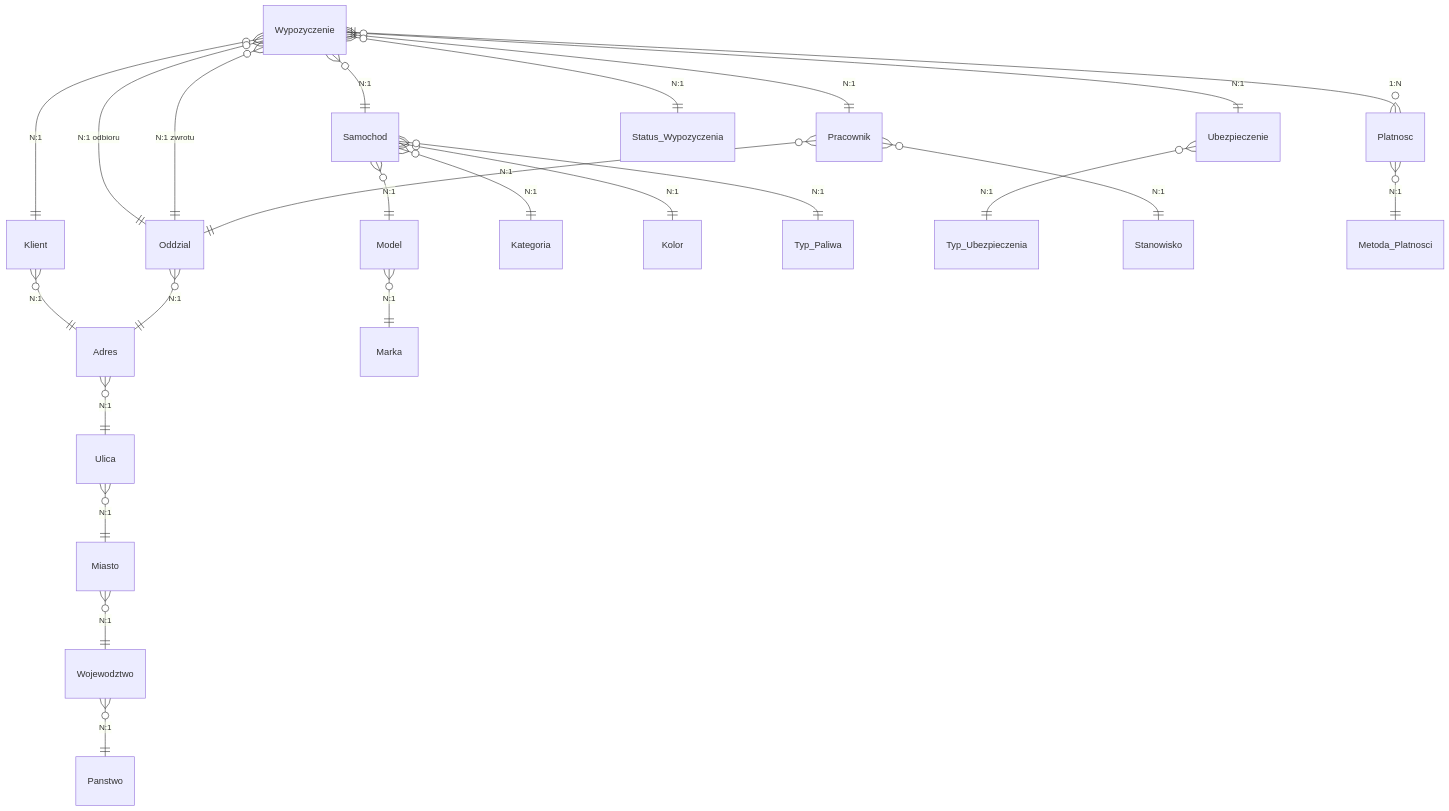
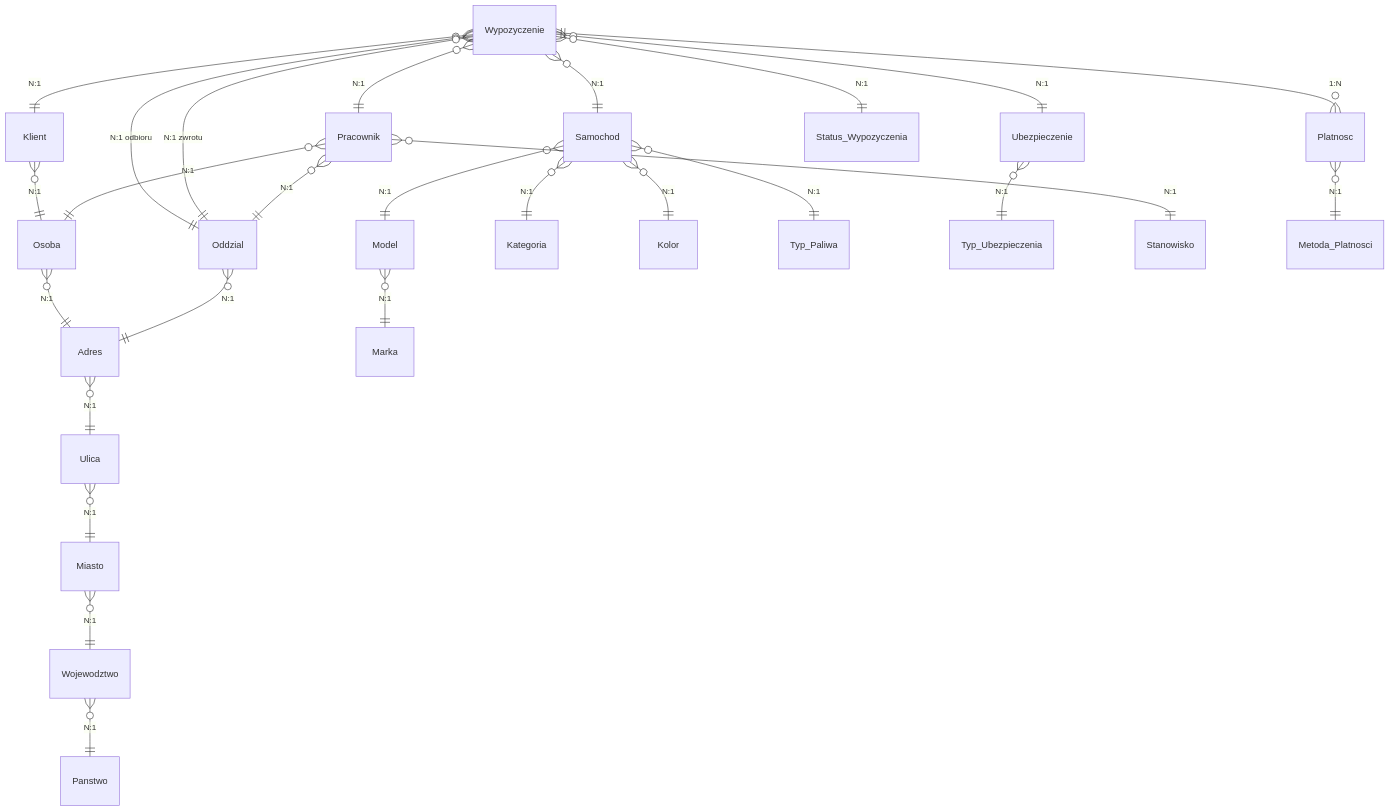
Before and after one commit to kacperkaluza/ZTB: the diagram in projekt_bazy_wypozyczalnia.md, drawn with Mermaid. The commit also changed other lines of this file, not shown here.

Commit message:
feat: Introduce `Osoba` table to generalize common attributes for `Klient` and `Pracownik`, increasing the total table count to 22.

````diff
--- a/projekt_bazy_wypozyczalnia.md
+++ b/projekt_bazy_wypozyczalnia.md
@@ -12,31 +12,33 @@
 ```mermaid
 erDiagram
     Wypozyczenie ||--o{ Platnosc : "1:N"
     Wypozyczenie }o--|| Klient : "N:1"
     Wypozyczenie }o--|| Pracownik : "N:1"
     Wypozyczenie }o--|| Samochod : "N:1"
     Wypozyczenie }o--|| Ubezpieczenie : "N:1"
     Wypozyczenie }o--|| Status_Wypozyczenia : "N:1"
     Wypozyczenie }o--|| Oddzial : "N:1 odbioru"
     Wypozyczenie }o--|| Oddzial : "N:1 zwrotu"
 
-    Klient }o--|| Adres : "N:1"
+    Klient }o--|| Osoba : "N:1"
+    Pracownik }o--|| Osoba : "N:1"
+    Osoba }o--|| Adres : "N:1"
     Adres }o--|| Ulica : "N:1"
     Ulica }o--|| Miasto : "N:1"
     Miasto }o--|| Wojewodztwo : "N:1"
     Wojewodztwo }o--|| Panstwo : "N:1"
 
     Samochod }o--|| Model : "N:1"
     Model }o--|| Marka : "N:1"
     Samochod }o--|| Kategoria : "N:1"
     Samochod }o--|| Kolor : "N:1"
     Samochod }o--|| Typ_Paliwa : "N:1"
 
     Ubezpieczenie }o--|| Typ_Ubezpieczenia : "N:1"
 
     Pracownik }o--|| Stanowisko : "N:1"
     Pracownik }o--|| Oddzial : "N:1"
     Oddzial }o--|| Adres : "N:1"
 
     Platnosc }o--|| Metoda_Platnosci : "N:1"
 ```
````
